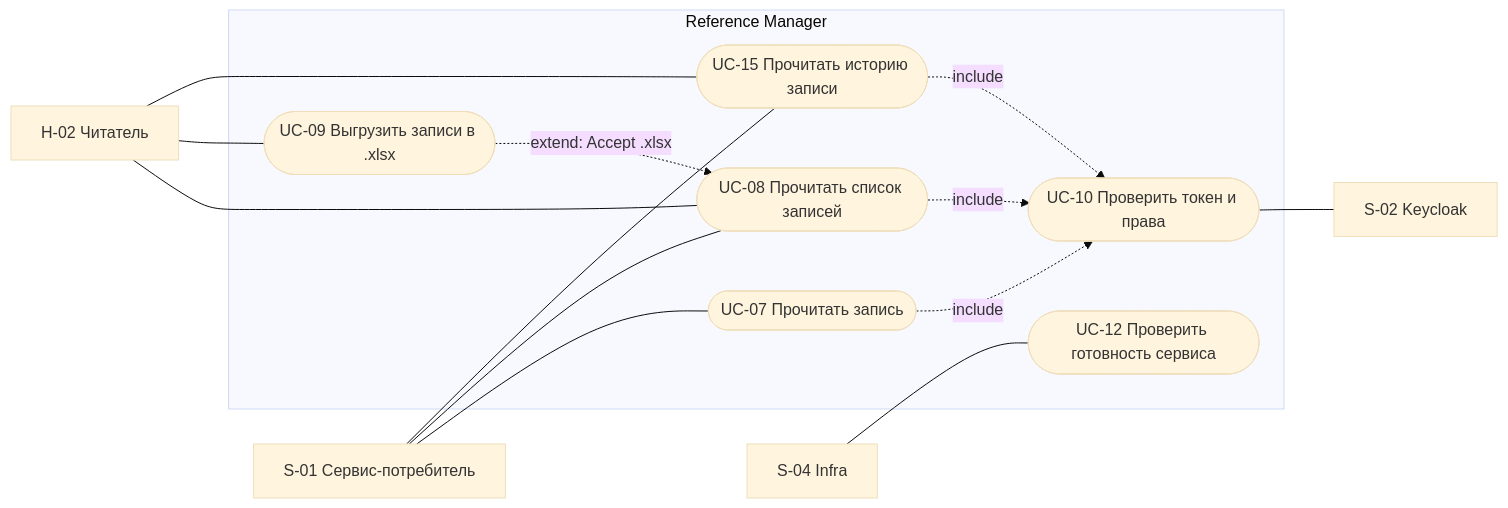
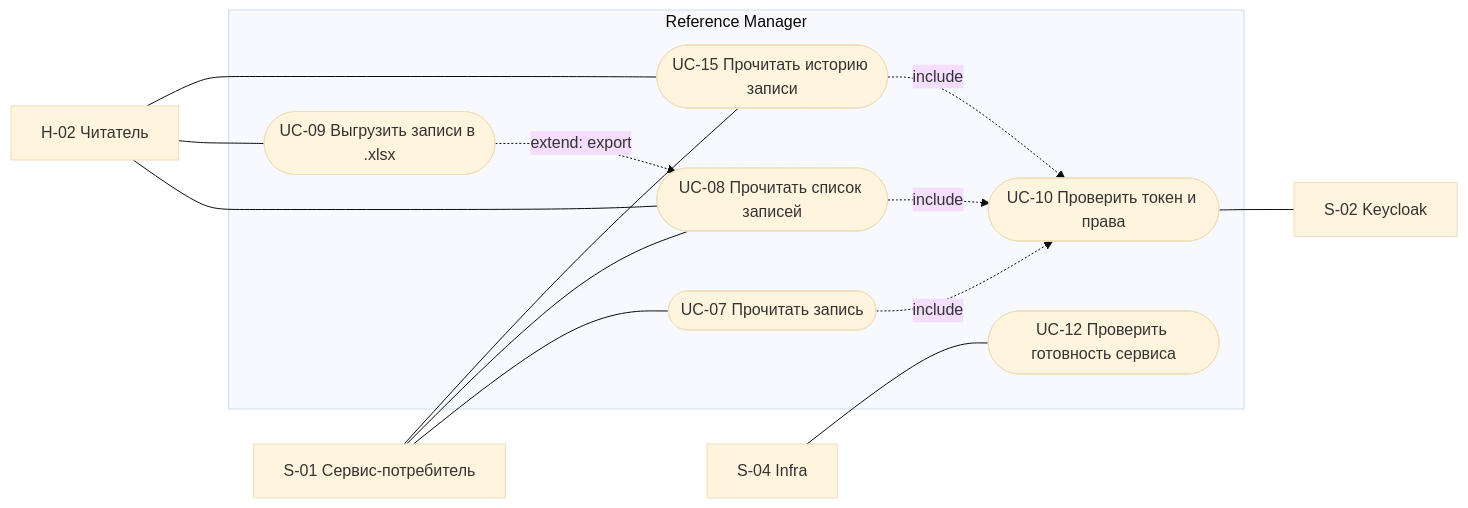
The third of 3 diagrams in reference-manager/documents/060.use-cases.md (MEPhI-C22-501/arch-info-system-monorepo), drawn with Mermaid (base theme) before and after one commit. The commit also changed other lines of this file and 27 other files, not shown here.

````diff
--- a/reference-manager/documents/060.use-cases.md
+++ b/reference-manager/documents/060.use-cases.md
@@ -80,27 +80,27 @@
 ```mermaid
 flowchart LR
     H2["H-02 Читатель"]
     S1["S-01 Сервис-потребитель"]
     S4["S-04 Infra"]
     KC["S-02 Keycloak"]
     subgraph RM["Reference Manager"]
         U7(["UC-07 Прочитать запись"])
         U8(["UC-08 Прочитать список записей"])
         U9(["UC-09 Выгрузить записи в .xlsx"])
         U10(["UC-10 Проверить токен и права"])
         U12(["UC-12 Проверить готовность сервиса"])
         U15(["UC-15 Прочитать историю записи"])
     end
     H2 --- U8
     H2 --- U9
     H2 --- U15
     S1 --- U7
     S1 --- U8
     S1 --- U15
     S4 --- U12
-    U9 -.->|"extend: Accept .xlsx"| U8
+    U9 -.->|"extend: export"| U8
     U7 -.->|"include"| U10
     U8 -.->|"include"| U10
     U15 -.->|"include"| U10
     U10 --- KC
 ```
````
